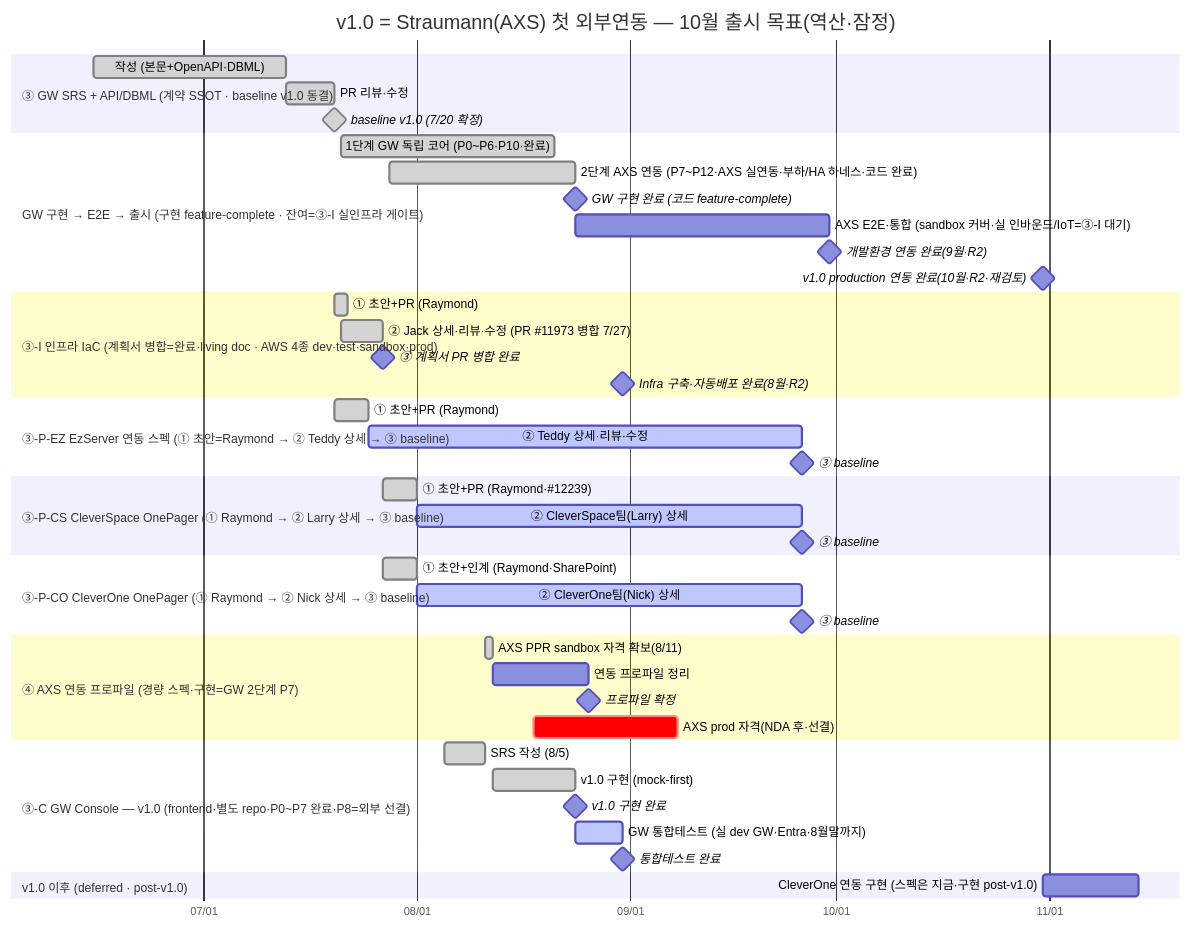
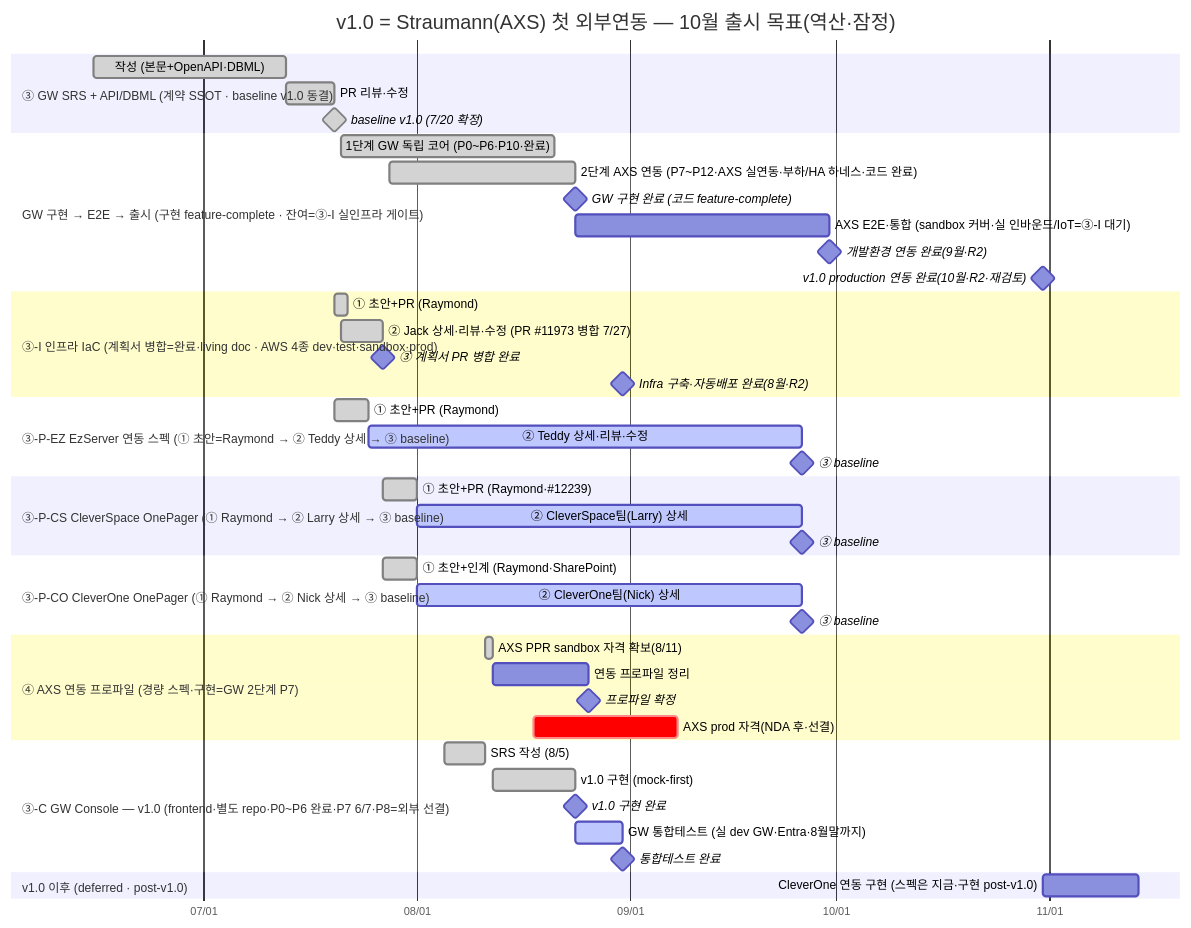
Before and after one commit to gracegyu/scp-architecture: the diagram in docs/VT_API_Gateway/08.VT_API_Gateway/주간회의-Agenda.md, drawn with Mermaid. The commit also changed other lines of this file, not shown here.

First line of the commit message:
docs(agenda): Console P7 을 6/7 로 정정 — T-FE-7-6 배포 헤더 잔여

````diff
--- a/docs/VT_API_Gateway/08.VT_API_Gateway/주간회의-Agenda.md
+++ b/docs/VT_API_Gateway/08.VT_API_Gateway/주간회의-Agenda.md
@@ -116,57 +116,57 @@
     ```mermaid
     gantt
         title v1.0 = Straumann(AXS) 첫 외부연동 — 10월 출시 목표(역산·잠정)
         dateFormat YYYY-MM-DD
         axisFormat %m/%d
         todayMarker stroke-width:3px,stroke:#d33,opacity:0.6
 
         section ③ GW SRS + API/DBML (계약 SSOT · baseline v1.0 동결)
         작성 (본문+OpenAPI·DBML)       :done, srsw, 2026-06-15, 28d
         PR 리뷰·수정                  :done, srspr, 2026-07-13, 2026-07-20
         baseline v1.0 (7/20 확정)      :milestone, done, srsbl, 2026-07-20, 0d
 
         section GW 구현 → E2E → 출시 (구현 feature-complete · 잔여=③-I 실인프라 게이트)
         1단계 GW 독립 코어 (P0~P6·P10·완료) :done, implindep, 2026-07-21, 31d
         2단계 AXS 연동 (P7~P12·AXS 실연동·부하/HA 하네스·코드 완료) :done, implaxs, 2026-07-28, 2026-08-24
         GW 구현 완료 (코드 feature-complete) :milestone, impldone, 2026-08-24, 0d
         AXS E2E·통합 (sandbox 커버·실 인바운드/IoT=③-I 대기) :e2e, 2026-08-24, 2026-09-30
         개발환경 연동 완료(9월·R2)      :milestone, dev9, 2026-09-30, 0d
         v1.0 production 연동 완료(10월·R2·재검토) :milestone, rel, 2026-10-31, 0d
 
         section ③-I 인프라 IaC (계획서 병합=완료·living doc · AWS 4종 dev·test·sandbox·prod)
         ① 초안+PR (Raymond)            :done, infw, 2026-07-20, 2d
         ② Jack 상세·리뷰·수정 (PR #11973 병합 7/27) :done, infpr, 2026-07-21, 6d
         ③ 계획서 PR 병합 완료          :milestone, infbl, 2026-07-27, 0d
         Infra 구축·자동배포 완료(8월·R2) :milestone, infra8, 2026-08-31, 0d
 
         section ③-P-EZ EzServer 연동 스펙 (① 초안=Raymond → ② Teddy 상세 → ③ baseline)
         ① 초안+PR (Raymond)            :done, ezw, 2026-07-20, 5d
         ② Teddy 상세·리뷰·수정         :active, ezpr, after ezw, 63d
         ③ baseline                     :milestone, ezbl, after ezpr, 0d
 
         section ③-P-CS CleverSpace OnePager (① Raymond → ② Larry 상세 → ③ baseline)
         ① 초안+PR (Raymond·#12239)     :done, cssub, 2026-07-27, 5d
         ② CleverSpace팀(Larry) 상세    :active, cspr, after cssub, 56d
         ③ baseline                     :milestone, csbl, after cspr, 0d
 
         section ③-P-CO CleverOne OnePager (① Raymond → ② Nick 상세 → ③ baseline)
         ① 초안+인계 (Raymond·SharePoint) :done, cosub, 2026-07-27, 5d
         ② CleverOne팀(Nick) 상세       :active, copr, after cosub, 56d
         ③ baseline                     :milestone, cobl, after copr, 0d
 
         section ④ AXS 연동 프로파일 (경량 스펙·구현=GW 2단계 P7)
         AXS PPR sandbox 자격 확보(8/11) :done, cred, 2026-08-11, 1d
         연동 프로파일 정리             :axsw, after cred, 14d
         프로파일 확정                  :milestone, axsbl, after axsw, 0d
         AXS prod 자격(NDA 후·선결)     :crit, credp, 2026-08-18, 21d
 
-        section ③-C GW Console — v1.0 (frontend·별도 repo·P0~P7 완료·P8=외부 선결)
+        section ③-C GW Console — v1.0 (frontend·별도 repo·P0~P6 완료·P7 6/7·P8=외부 선결)
         SRS 작성 (8/5)                 :done, consrsw, 2026-08-05, 6d
         v1.0 구현 (mock-first)         :done, conv1, 2026-08-12, 2026-08-24
         v1.0 구현 완료                 :milestone, conv1m, 2026-08-24, 0d
         GW 통합테스트 (실 dev GW·Entra·8월말까지) :active, contest, 2026-08-24, 2026-08-31
         통합테스트 완료                :milestone, contestm, 2026-08-31, 0d
 
         section v1.0 이후 (deferred · post-v1.0)
         CleverOne 연동 구현 (스펙은 지금·구현 post-v1.0) :codef, after rel, 14d
     ```
````
